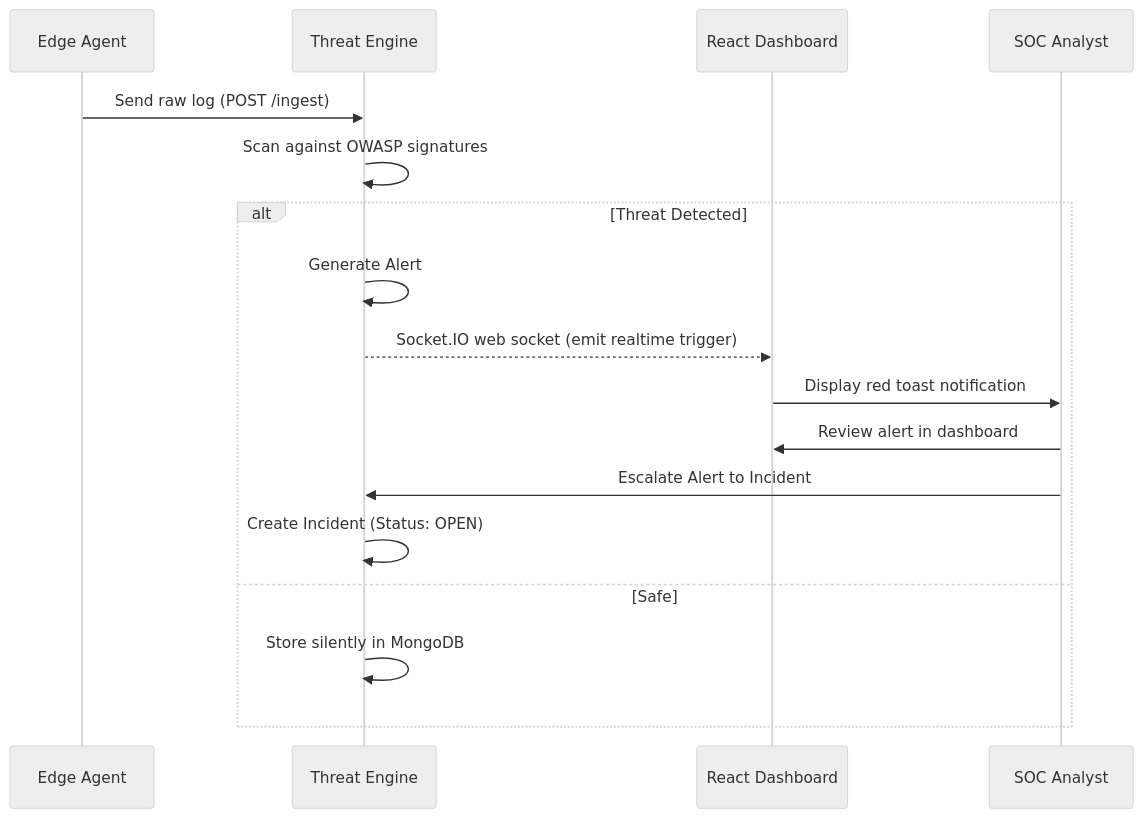
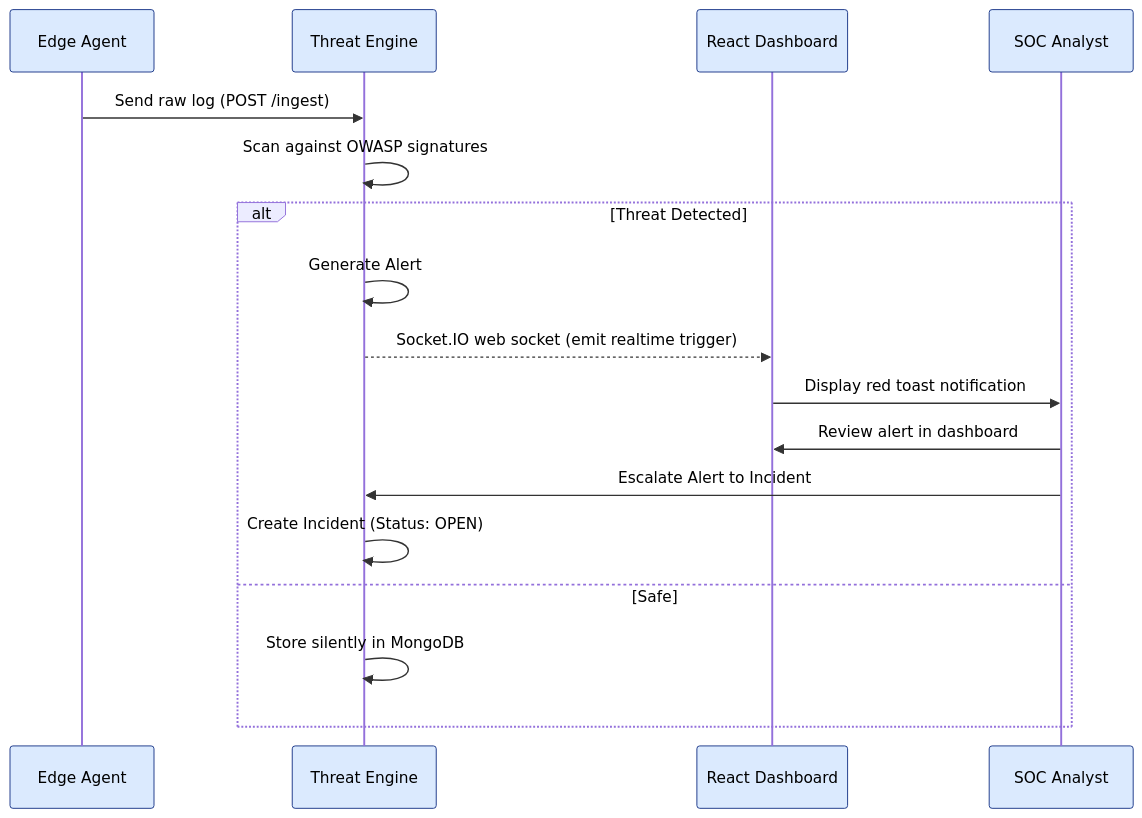
Before and after one commit to Het-2004/soc-siem-dashboard: the second of 2 diagrams in docs/architecture.md, drawn with Mermaid. The commit also changed other lines of this file and 1 other file, not shown here.

````diff
--- a/docs/architecture.md
+++ b/docs/architecture.md
@@ -114,21 +119,21 @@
 ```mermaid
-%%{init: {'theme': 'neutral', 'themeVariables': { 'background': '#ffffff', 'primaryTextColor': '#000000', 'lineColor': '#333333'}}}%%
+%%{init: {'theme': 'default', 'themeVariables': { 'background': '#ffffff', 'actorBkg': '#dbeafe', 'actorBorder': '#1e3a8a', 'actorTextColor': '#000000', 'noteBkg': '#fef3c7', 'noteBorder': '#b45309', 'signalColor': '#333333', 'signalTextColor': '#000000'}}}%%
 sequenceDiagram
     participant Agent as Edge Agent
     participant Engine as Threat Engine
     participant UI as React Dashboard
     participant Analyst as SOC Analyst
 
     Agent->>Engine: Send raw log (POST /ingest)
     Engine->>Engine: Scan against OWASP signatures
     alt Threat Detected
         Engine->>Engine: Generate Alert
         Engine-->>UI: Socket.IO web socket (emit realtime trigger)
         UI->>Analyst: Display red toast notification
         Analyst->>UI: Review alert in dashboard
         Analyst->>Engine: Escalate Alert to Incident
         Engine->>Engine: Create Incident (Status: OPEN)
     else Safe
         Engine->>Engine: Store silently in MongoDB
     end
 ```
````
